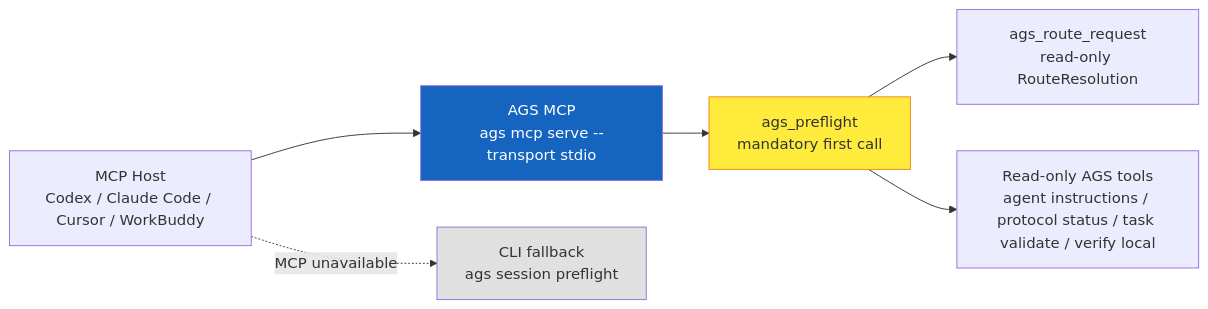
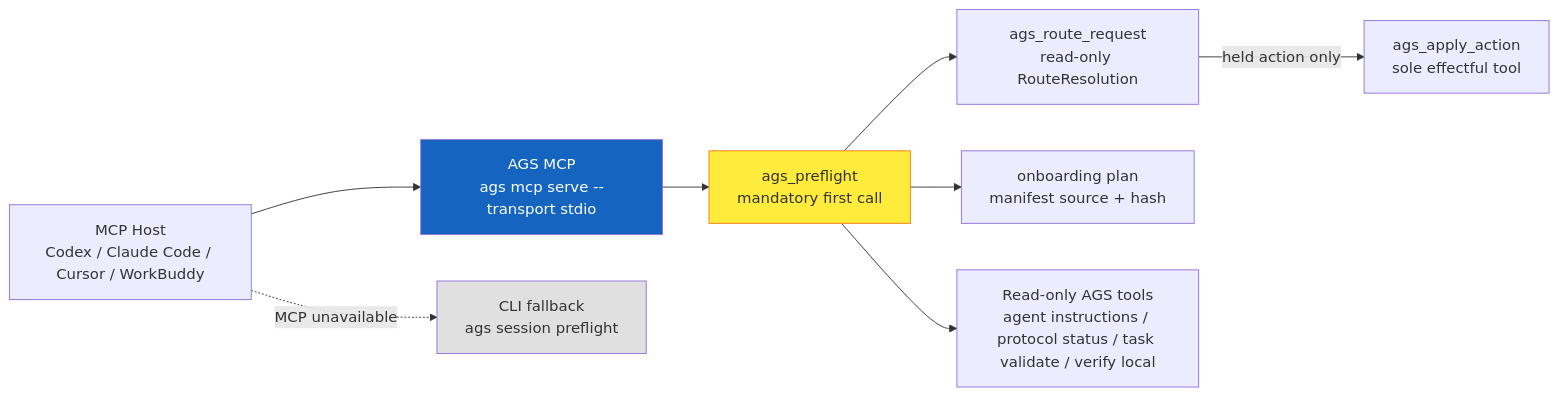
One commit to FernandeZ-hjm/Agent-General-Staff changed the third of 5 diagrams in docs/architecture.md. Above: the diagram before and after it, drawn with Mermaid. The commit also changed other lines of this file and 77 other files, not shown here.

````diff
--- a/docs/architecture.md
+++ b/docs/architecture.md
@@ -144,19 +155,23 @@
 ```mermaid
 flowchart LR
     HOST[MCP Host<br/>Codex / Claude Code / Cursor / WorkBuddy]
     AGSMCP[AGS MCP<br/>ags mcp serve --transport stdio]
     PREFLIGHT[ags_preflight<br/>mandatory first call]
     ROUTE[ags_route_request<br/>read-only RouteResolution]
+    APPLY[ags_apply_action<br/>sole effectful tool]
+    ONBOARD[onboarding plan<br/>manifest source + hash]
     TOOLS[Read-only AGS tools<br/>agent instructions / protocol status / task validate / verify local]
     CLI[CLI fallback<br/>ags session preflight]
 
     HOST --> AGSMCP
     AGSMCP --> PREFLIGHT
     PREFLIGHT --> ROUTE
+    PREFLIGHT --> ONBOARD
     PREFLIGHT --> TOOLS
+    ROUTE -->|held action only| APPLY
     HOST -. MCP unavailable .-> CLI
 
     style AGSMCP fill:#1565c0,color:#fff
     style PREFLIGHT fill:#ffeb3b,stroke:#f57f17
     style CLI fill:#e0e0e0
 ```
````
